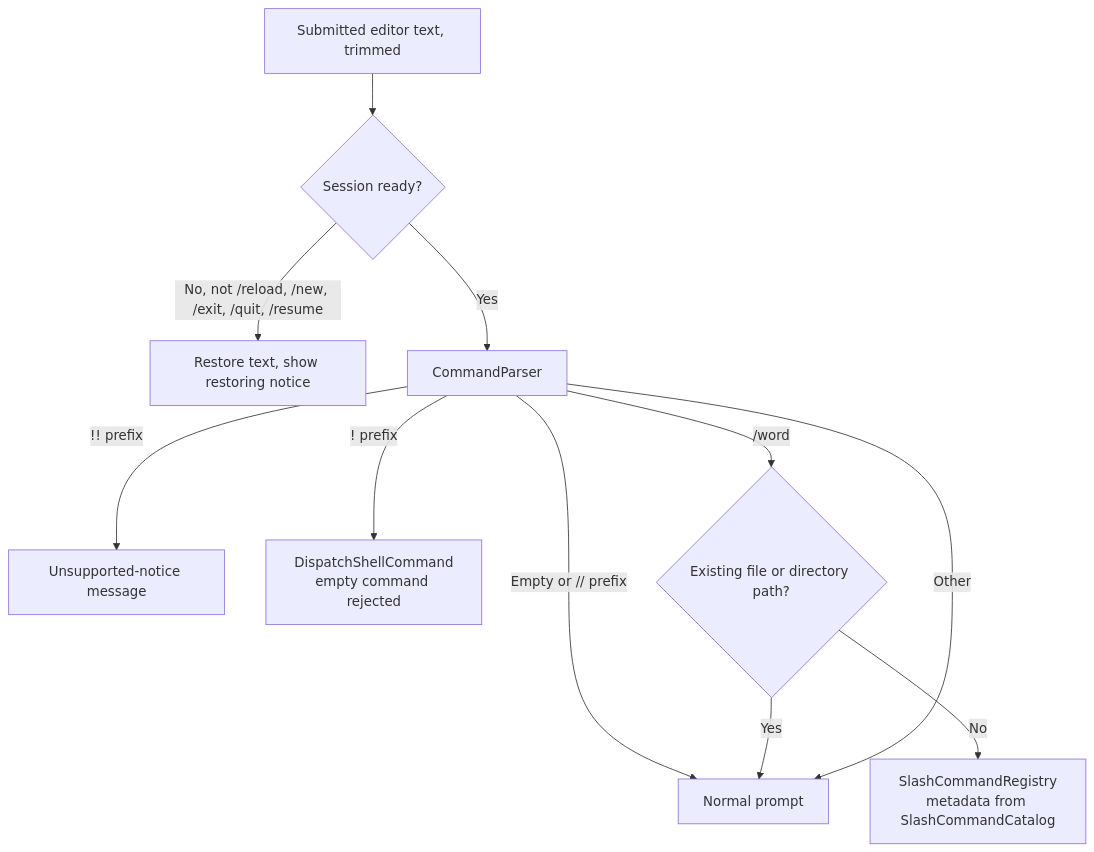
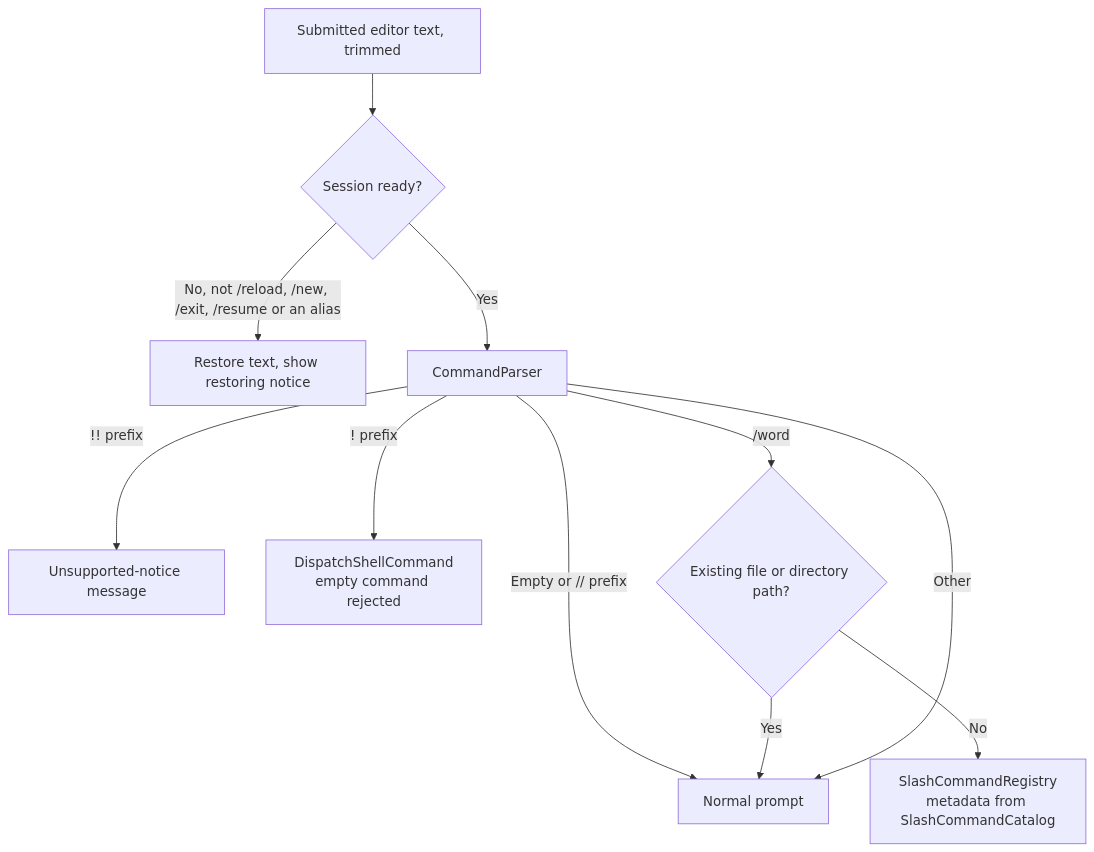
Before and after one commit to ineersa/agent-core: the second of 3 diagrams in architecture/tui.md, drawn with Mermaid. The commit also changed 1 other file, not shown here.

Commit message:
Document command alias collisions and restore-allowed aliases
Refs #786

````diff
--- a/architecture/tui.md
+++ b/architecture/tui.md
@@ -55,13 +55,13 @@
 ```mermaid
 flowchart TD
     Submit["Submitted editor text, trimmed"] --> Ready{"Session ready?"}
-    Ready -->|"No, not /reload, /new, /exit, /quit, /resume"| Restore["Restore text, show restoring notice"]
+    Ready -->|"No, not /reload, /new, /exit, /resume or an alias"| Restore["Restore text, show restoring notice"]
     Ready -->|Yes| Parse[CommandParser]
     Parse -->|"Empty or // prefix"| Prompt[Normal prompt]
     Parse -->|"!! prefix"| Unsupported["Unsupported-notice message"]
     Parse -->|"! prefix"| Shell["DispatchShellCommand<br/>empty command rejected"]
     Parse -->|"/word"| PathCheck{"Existing file or directory path?"}
     PathCheck -->|Yes| Prompt
     PathCheck -->|No| Slash["SlashCommandRegistry<br/>metadata from SlashCommandCatalog"]
     Parse -->|Other| Prompt
 ```
````
